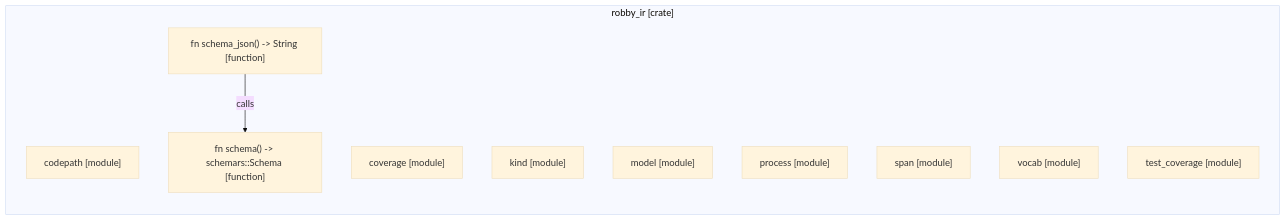
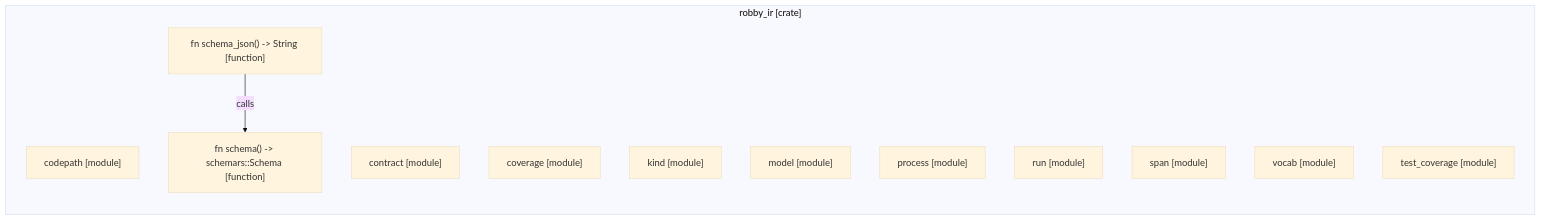
Before and after one commit to RyanGuild/self-describing-code: the diagram in .robby/diagrams/graph-rust-robby-ir.mmd, drawn with Mermaid (base theme). The commit also changed 413 other files, not shown here.

```diff
--- a/.robby/diagrams/graph-rust-robby-ir.mmd
+++ b/.robby/diagrams/graph-rust-robby-ir.mmd
@@ -1,15 +1,17 @@
 flowchart TD
     subgraph n_356bf2c23da68961["robby_ir [crate]"]
         direction TB
         n_c28bfd08cdfce4bf["codepath [module]"]
+        n_6c585ca85c30235f["contract [module]"]
         n_965af55f4081b03f["coverage [module]"]
         n_611ba0cee1ac191f["kind [module]"]
         n_48c15551e2e91996["model [module]"]
         n_f5e61214f719e7ae["process [module]"]
+        n_2296d5d51a43a6ae["run [module]"]
         n_9053aa1513b08ea5["span [module]"]
         n_3ab04153eeb89900["vocab [module]"]
         n_7f203267d92a1682["fn schema() -> schemars::Schema [function]"]
         n_ca6f58cffa1dcfd5["fn schema_json() -> String [function]"]
         n_46b0c6f667b1fb40["test_coverage [module]"]
     end
     n_ca6f58cffa1dcfd5 -->|calls| n_7f203267d92a1682
```
